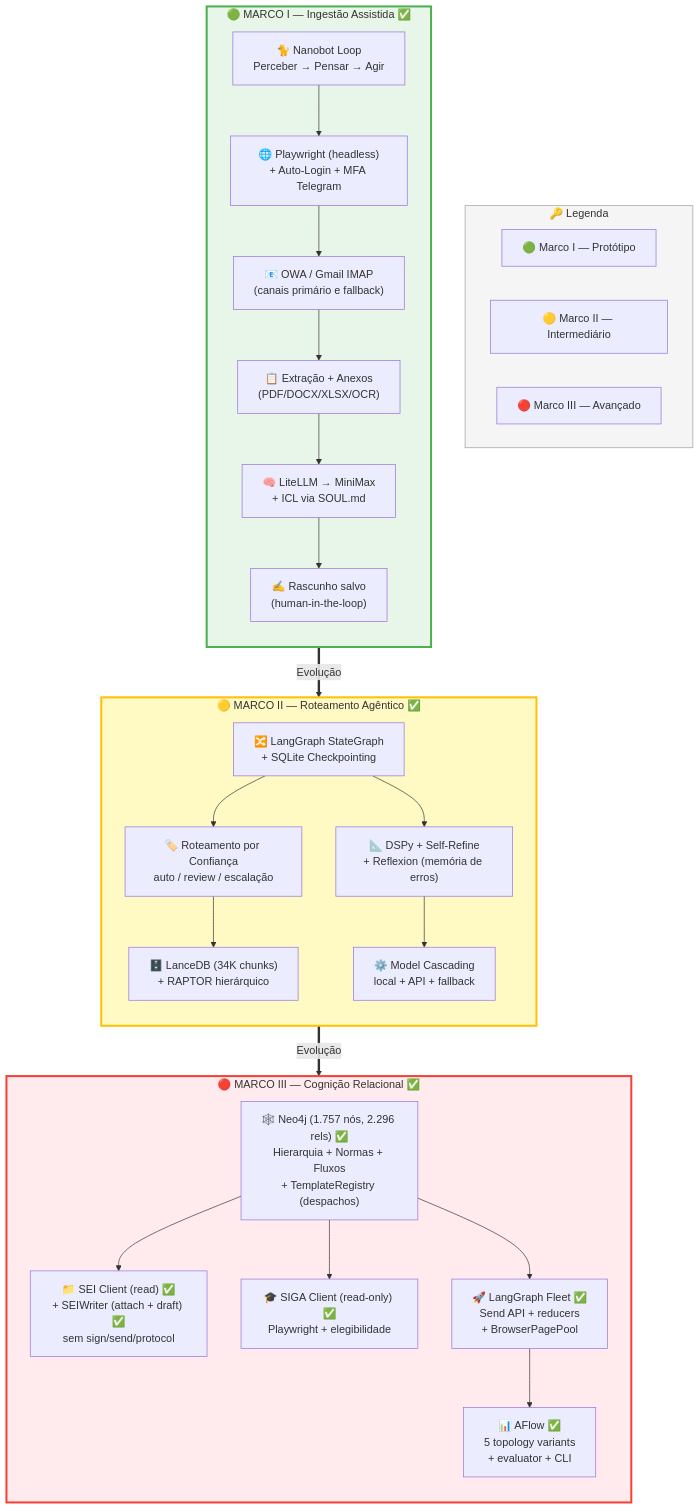
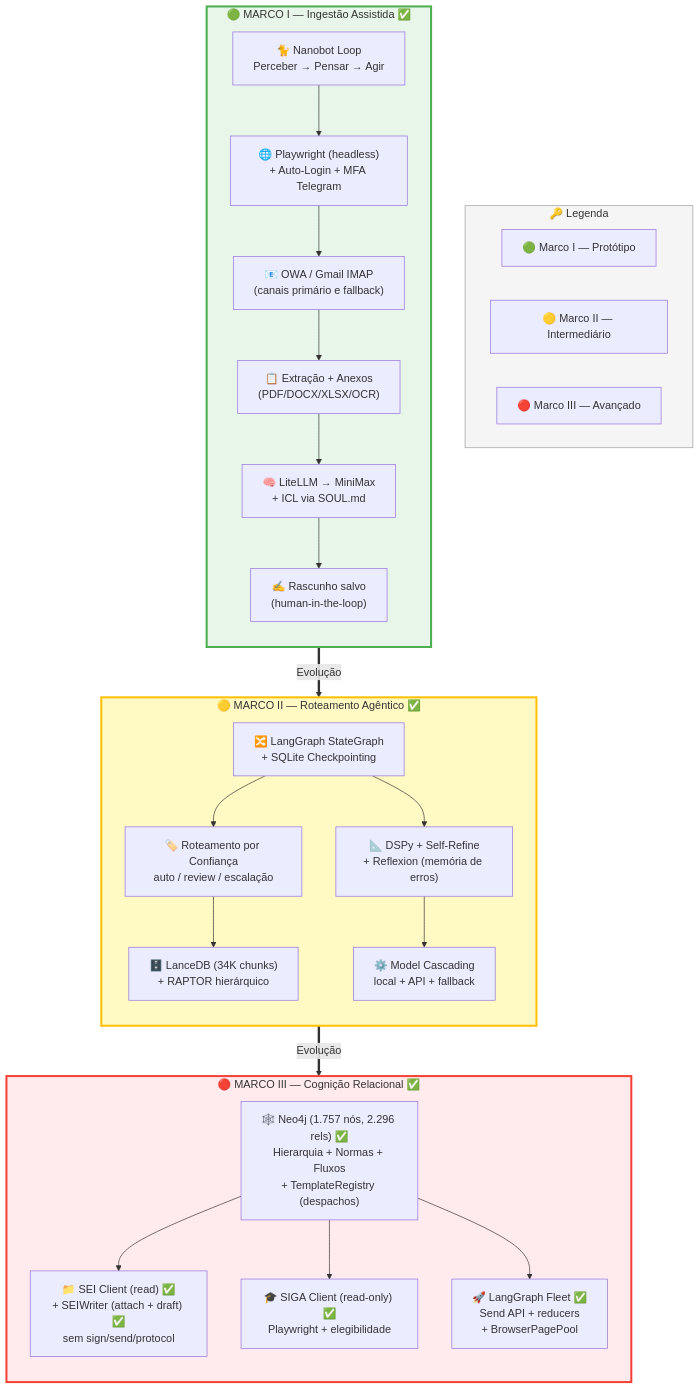
Before and after one commit to lucasmsorrentino/automation_nanobot: the first of 3 diagrams in ufpr_automation/ARCHITECTURE.md, drawn with Mermaid. The commit also changed other lines of this file and 6 other files, not shown here.

````diff
--- a/ufpr_automation/ARCHITECTURE.md
+++ b/ufpr_automation/ARCHITECTURE.md
@@ -8,55 +8,53 @@
 ```mermaid
 graph TB
     subgraph LEGEND["🔑 Legenda"]
         direction LR
         L1["🟢 Marco I — Protótipo"]
         L2["🟡 Marco II — Intermediário"]
         L3["🔴 Marco III — Avançado"]
     end
 
     subgraph PHASE1["🟢 MARCO I — Ingestão Assistida ✅"]
         direction TB
         NANOBOT["🐈 Nanobot Loop<br/>Perceber → Pensar → Agir"]
         BROWSER1["🌐 Playwright (headless)<br/>+ Auto-Login + MFA Telegram"]
         OWA1["📧 OWA / Gmail IMAP<br/>(canais primário e fallback)"]
         EXTRACT1["📋 Extração + Anexos<br/>(PDF/DOCX/XLSX/OCR)"]
         LLM1["🧠 LiteLLM → MiniMax<br/>+ ICL via SOUL.md"]
         DRAFT1["✍️ Rascunho salvo<br/>(human-in-the-loop)"]
 
         NANOBOT --> BROWSER1 --> OWA1 --> EXTRACT1 --> LLM1 --> DRAFT1
     end
 
     subgraph PHASE2["🟡 MARCO II — Roteamento Agêntico ✅"]
         direction TB
         LANGGRAPH2["🔀 LangGraph StateGraph<br/>+ SQLite Checkpointing"]
         VECTORDB["🗄️ LanceDB (34K chunks)<br/>+ RAPTOR hierárquico"]
         DSPY["📐 DSPy + Self-Refine<br/>+ Reflexion (memória de erros)"]
         ROUTER["🏷️ Roteamento por Confiança<br/>auto / review / escalação"]
         CASCADE["⚙️ Model Cascading<br/>local + API + fallback"]
 
         LANGGRAPH2 --> ROUTER --> VECTORDB
         LANGGRAPH2 --> DSPY --> CASCADE
     end
 
     subgraph PHASE3["🔴 MARCO III — Cognição Relacional ✅"]
         direction TB
         NEO4J["🕸️ Neo4j (1.757 nós, 2.296 rels) ✅<br/>Hierarquia + Normas + Fluxos<br/>+ TemplateRegistry (despachos)"]
         SEI_M["📁 SEI Client (read) ✅<br/>+ SEIWriter (attach + draft) ✅<br/>sem sign/send/protocol"]
         SIGA_M["🎓 SIGA Client (read-only) ✅<br/>Playwright + elegibilidade"]
         FLEET["🚀 LangGraph Fleet ✅<br/>Send API + reducers<br/>+ BrowserPagePool"]
-        AFLOW["📊 AFlow ✅<br/>5 topology variants<br/>+ evaluator + CLI"]
 
         NEO4J --> SEI_M
         NEO4J --> SIGA_M
         NEO4J --> FLEET
-        FLEET --> AFLOW
     end
 
     PHASE1 ==>|"Evolução"| PHASE2
     PHASE2 ==>|"Evolução"| PHASE3
 
     style PHASE1 fill:#e8f5e9,stroke:#4caf50,stroke-width:3px
     style PHASE2 fill:#fff9c4,stroke:#ffc107,stroke-width:3px
     style PHASE3 fill:#ffebee,stroke:#f44336,stroke-width:3px
     style LEGEND fill:#f5f5f5,stroke:#9e9e9e,stroke-width:1px
 ```
````
